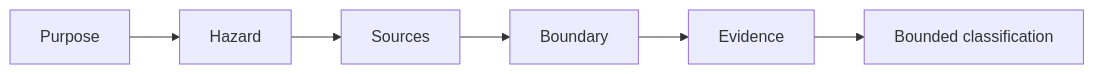
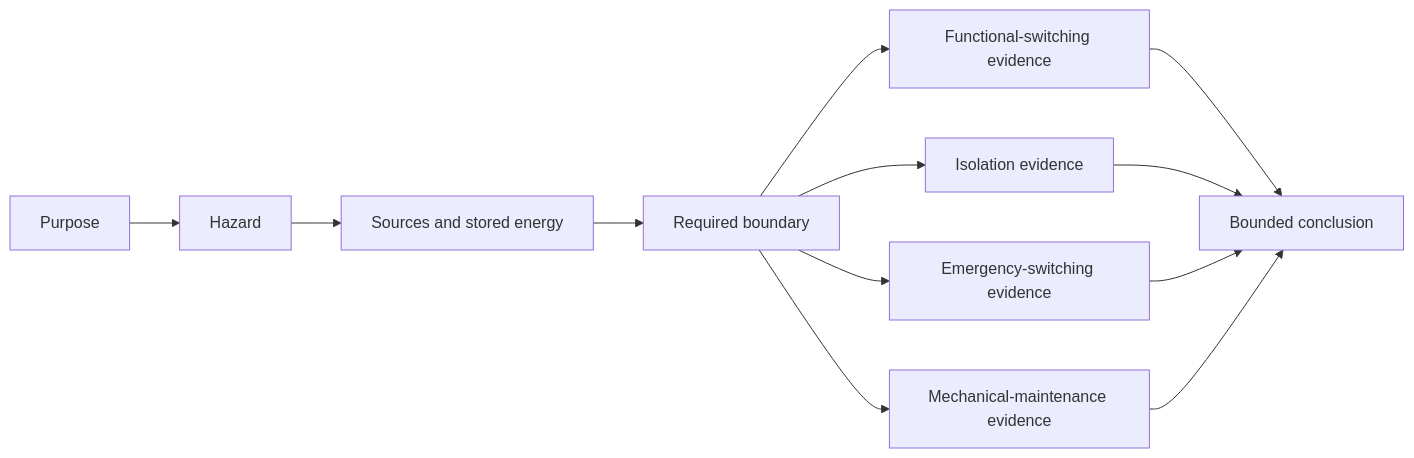
One commit to andrew3stedall/capstone changed the second of 2 diagrams in docs/learning-plans/6-week/modules/day-22-functional-switching-isolation-and-emergency-switching-distinctions.md. Above: the diagram before and after it, drawn with Mermaid. The commit also changed other lines of this file and 4 other files, not shown here.

````diff
--- a/docs/learning-plans/6-week/modules/day-22-functional-switching-isolation-and-emergency-switching-distinctions.md
+++ b/docs/learning-plans/6-week/modules/day-22-functional-switching-isolation-and-emergency-switching-distinctions.md
@@ -66,8 +172,14 @@
 ```mermaid
 flowchart LR
     P[Purpose] --> H[Hazard]
-    H --> S[Sources]
-    S --> B[Boundary]
-    B --> E[Evidence]
-    E --> C[Bounded classification]
+    H --> S[Sources and stored energy]
+    S --> B[Required boundary]
+    B --> F1[Functional-switching evidence]
+    B --> F2[Isolation evidence]
+    B --> F3[Emergency-switching evidence]
+    B --> F4[Mechanical-maintenance evidence]
+    F1 --> C[Bounded conclusion]
+    F2 --> C
+    F3 --> C
+    F4 --> C
 ```
````
